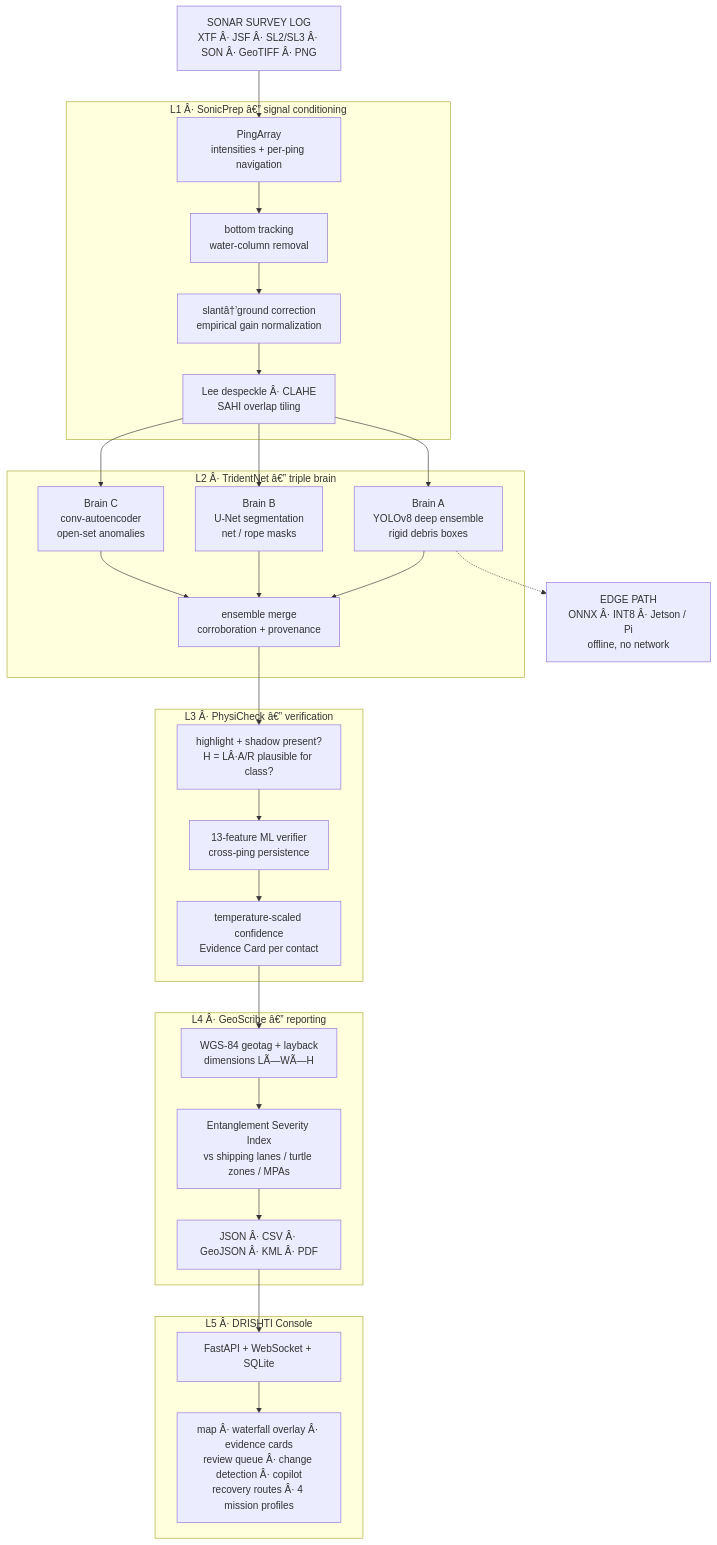
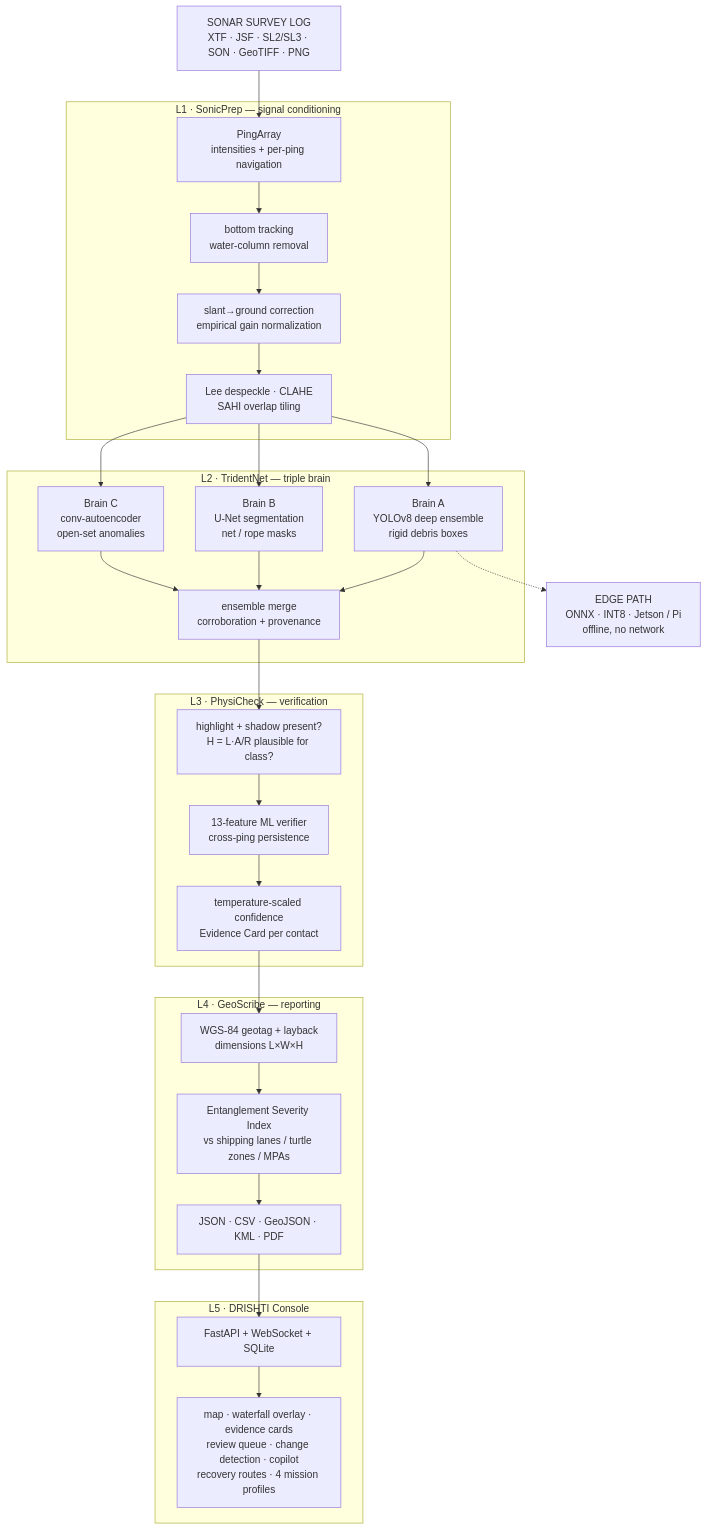
One commit to SUBASH-R-007/SAGAR-NETRA changed the diagram in README.md. Above: the diagram before and after it, drawn with Mermaid. The commit also changed other lines of this file and 4 other files, not shown here.

````diff
--- a/README.md
+++ b/README.md
@@ -67,38 +67,38 @@
 ```mermaid
 flowchart TD
-    A["SONAR SURVEY LOG<br/>XTF Â· JSF Â· SL2/SL3 Â· SON Â· GeoTIFF Â· PNG"] --> B
+    A["SONAR SURVEY LOG<br/>XTF · JSF · SL2/SL3 · SON · GeoTIFF · PNG"] --> B
 
-    subgraph L1["L1 Â· SonicPrep â€” signal conditioning"]
+    subgraph L1["L1 · SonicPrep — signal conditioning"]
         B["PingArray<br/>intensities + per-ping navigation"] --> C["bottom tracking<br/>water-column removal"]
-        C --> D["slantâ†’ground correction<br/>empirical gain normalization"]
-        D --> E["Lee despeckle Â· CLAHE<br/>SAHI overlap tiling"]
+        C --> D["slant→ground correction<br/>empirical gain normalization"]
+        D --> E["Lee despeckle · CLAHE<br/>SAHI overlap tiling"]
     end
 
-    subgraph L2["L2 Â· TridentNet â€” triple brain"]
+    subgraph L2["L2 · TridentNet — triple brain"]
         E --> F["Brain A<br/>YOLOv8 deep ensemble<br/>rigid debris boxes"]
         E --> G["Brain B<br/>U-Net segmentation<br/>net / rope masks"]
         E --> H["Brain C<br/>conv-autoencoder<br/>open-set anomalies"]
         F --> I["ensemble merge<br/>corroboration + provenance"]
         G --> I
         H --> I
     end
 
-    subgraph L3["L3 Â· PhysiCheck â€” verification"]
-        I --> J["highlight + shadow present?<br/>H = LÂ·A/R plausible for class?"]
+    subgraph L3["L3 · PhysiCheck — verification"]
+        I --> J["highlight + shadow present?<br/>H = L·A/R plausible for class?"]
         J --> K["13-feature ML verifier<br/>cross-ping persistence"]
         K --> L["temperature-scaled confidence<br/>Evidence Card per contact"]
     end
 
-    subgraph L4["L4 Â· GeoScribe â€” reporting"]
-        L --> M["WGS-84 geotag + layback<br/>dimensions LÃ—WÃ—H"]
+    subgraph L4["L4 · GeoScribe — reporting"]
+        L --> M["WGS-84 geotag + layback<br/>dimensions L×W×H"]
         M --> N["Entanglement Severity Index<br/>vs shipping lanes / turtle zones / MPAs"]
-        N --> O["JSON Â· CSV Â· GeoJSON Â· KML Â· PDF"]
+        N --> O["JSON · CSV · GeoJSON · KML · PDF"]
     end
 
-    subgraph L5["L5 Â· DRISHTI Console"]
+    subgraph L5["L5 · DRISHTI Console"]
         O --> P["FastAPI + WebSocket + SQLite"]
-        P --> Q["map Â· waterfall overlay Â· evidence cards<br/>review queue Â· change detection Â· copilot<br/>recovery routes Â· 4 mission profiles"]
+        P --> Q["map · waterfall overlay · evidence cards<br/>review queue · change detection · copilot<br/>recovery routes · 4 mission profiles"]
     end
 
-    F -.-> R["EDGE PATH<br/>ONNX Â· INT8 Â· Jetson / Pi<br/>offline, no network"]
+    F -.-> R["EDGE PATH<br/>ONNX · INT8 · Jetson / Pi<br/>offline, no network"]
 ```
````
